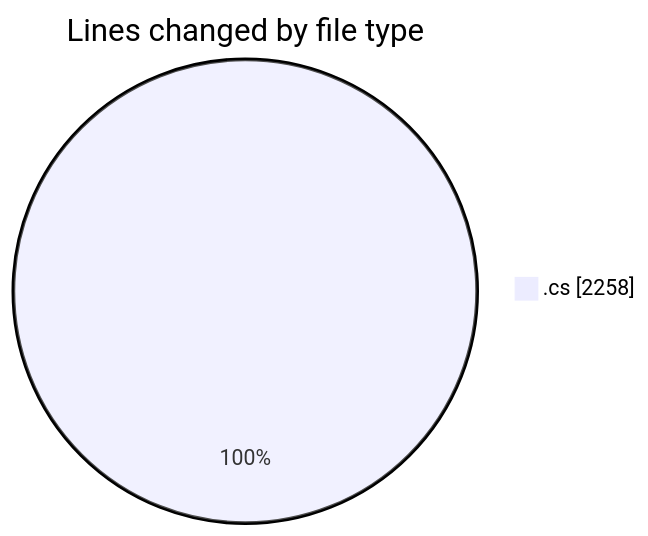
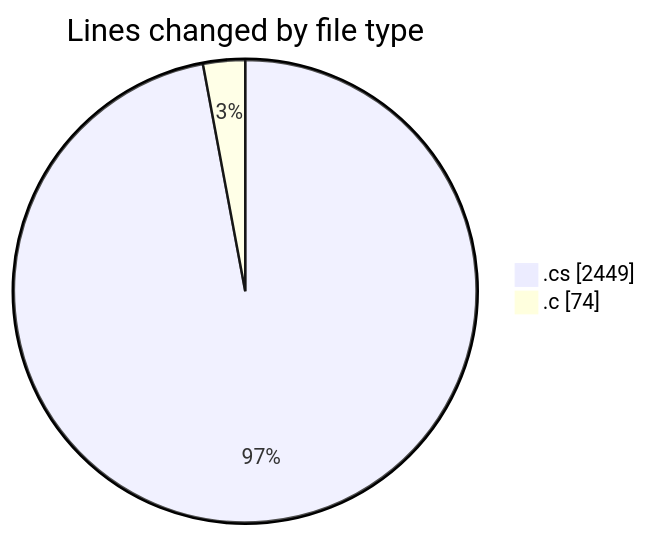
One commit to charlie-sans/code-tracking changed the first of 2 diagrams in 2025-02-09/koderunner/README.md. Above: the diagram before and after it, drawn with Mermaid. The commit also changed other lines of this file and 1 other file, not shown here.

````diff
--- a/2025-02-09/koderunner/README.md
+++ b/2025-02-09/koderunner/README.md
@@ -23,5 +24,6 @@
 ```mermaid
 pie showData
 title Lines changed by file type
-".cs" : 2258
+".cs" : 2449
+".c" : 74
 ```
````
